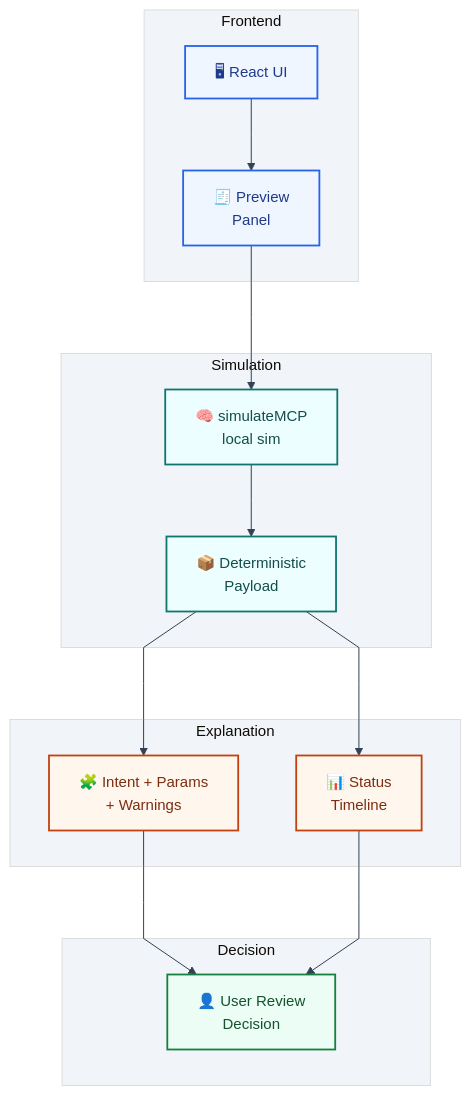
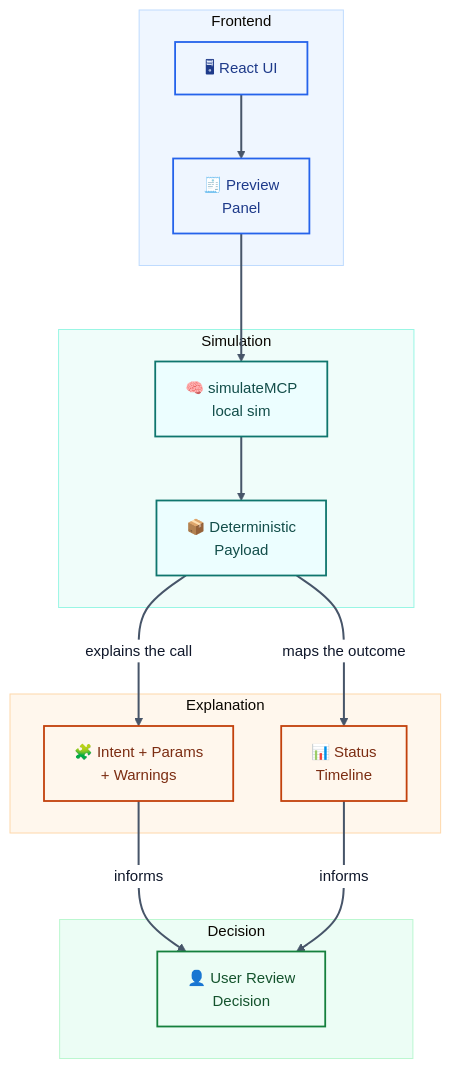
The fourth of 8 diagrams in README.md (sunshineluyao/Moss-Mcp-Transaction), drawn with Mermaid before and after one commit. The commit also changed other lines of this file, not shown here.

Commit message:
docs: improve Mermaid chart clarity and styling

````diff
--- a/README.md
+++ b/README.md
@@ -357,34 +366,39 @@
 ```mermaid
-%%{init: {'theme':'base','flowchart': {'htmlLabels': true, 'nodeSpacing': 58, 'rankSpacing': 72, 'curve': 'linear'},'themeVariables': {'fontFamily':'Trebuchet MS, Segoe UI, sans-serif','fontSize':'15px','primaryColor':'#eef6ff','primaryBorderColor':'#3b82f6','primaryTextColor':'#0f172a','lineColor':'#334155','secondaryColor':'#f8fafc','tertiaryColor':'#f1f5f9','edgeLabelBackground':'#e2e8f0'}}}%%
+%%{init: {'theme':'base','flowchart': {'htmlLabels': true, 'nodeSpacing': 48, 'rankSpacing': 64, 'curve': 'basis'},'themeVariables': {'fontFamily':'Inter, Segoe UI, sans-serif','fontSize':'15px','primaryTextColor':'#0f172a','lineColor':'#475569','clusterBkg':'#f8fafc','clusterBorder':'#cbd5e1','edgeLabelBackground':'#ffffff'}}}%%
 flowchart TB
   subgraph L1[Frontend]
     UI["🖥 React UI"] --> Preview["🧾 Preview<br/>Panel"]
   end
 
   subgraph L2[Simulation]
     Engine["🧠 simulateMCP<br/>local sim"] --> Data["📦 Deterministic<br/>Payload"]
   end
 
   subgraph L3[Explanation]
     Cards["🧩 Intent + Params<br/>+ Warnings"]
     Timeline["📊 Status<br/>Timeline"]
   end
 
   subgraph L4[Decision]
     User["👤 User Review<br/>Decision"]
   end
 
   Preview --> Engine
-  Data --> Cards --> User
-  Data --> Timeline --> User
+  Data -->|explains the call| Cards -->|informs| User
+  Data -->|maps the outcome| Timeline -->|informs| User
 
   classDef frontend fill:#eff6ff,stroke:#2563eb,stroke-width:1.8px,color:#1e3a8a;
   classDef sim fill:#ecfeff,stroke:#0f766e,stroke-width:1.8px,color:#134e4a;
   classDef explain fill:#fff7ed,stroke:#c2410c,stroke-width:1.8px,color:#7c2d12;
   classDef decision fill:#ecfdf5,stroke:#15803d,stroke-width:1.8px,color:#14532d;
 
   class UI,Preview frontend;
   class Engine,Data sim;
   class Cards,Timeline explain;
   class User decision;
+  style L1 fill:#eff6ff,stroke:#bfdbfe,stroke-width:1px
+  style L2 fill:#f0fdfa,stroke:#99f6e4,stroke-width:1px
+  style L3 fill:#fff7ed,stroke:#fed7aa,stroke-width:1px
+  style L4 fill:#ecfdf5,stroke:#bbf7d0,stroke-width:1px
+  linkStyle default stroke:#475569,stroke-width:2px;
 ```
````
